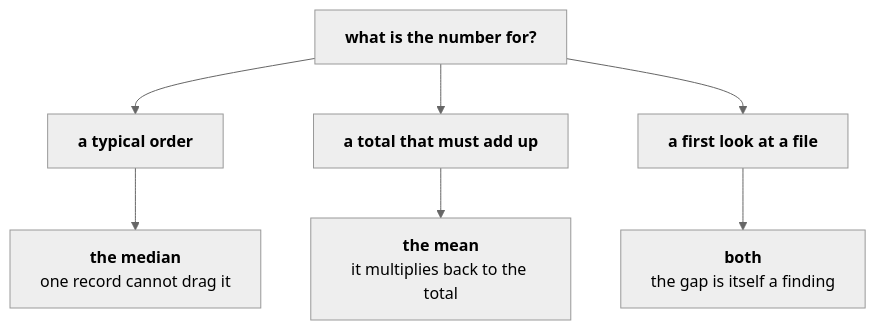
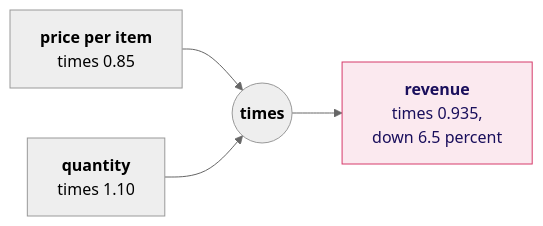
One commit to fde-academy-lab/c2-content-factory changed the sixth of 11 diagrams in content/W01/D1/slides/C2_W01_D01_half2_STUDENT.md. Above: the diagram before and after it, drawn with Mermaid (neutral theme). The commit also changed other lines of this file and 1 other file, not shown here.

````diff
--- a/content/W01/D1/slides/C2_W01_D01_half2_STUDENT.md
+++ b/content/W01/D1/slides/C2_W01_D01_half2_STUDENT.md
@@ -403,9 +258,8 @@
 ```mermaid
-flowchart TB
-    Q["<b>what is the number for?</b>"] --> A["<b>a typical order</b>"]
-    Q --> B["<b>a total that must add up</b>"]
-    Q --> C["<b>a first look at a file</b>"]
-    A --> A2["<b>the median</b><br/>one record cannot drag it"]
-    B --> B2["<b>the mean</b><br/>it multiplies back to the total"]
-    C --> C2["<b>both</b><br/>the gap is itself a finding"]
+flowchart LR
+    P["<b>price per item</b><br/>times 0.85"] --> X(("<b>times</b>"))
+    Q["<b>quantity</b><br/>times 1.10"] --> X
+    X --> R["<b>revenue</b><br/>times 0.935,<br/>down 6.5 percent"]
+    classDef bad fill:#FBE9EF,stroke:#D63A6A,color:#1A0F5C
+    class R bad
 ```
````
